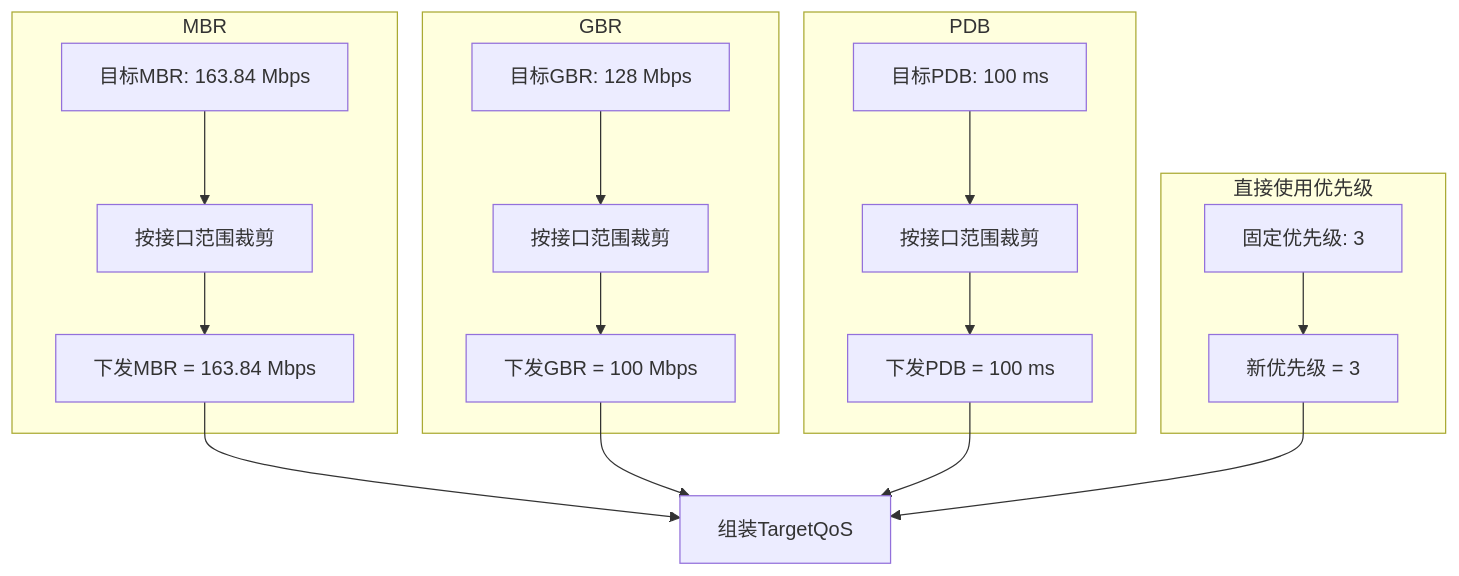
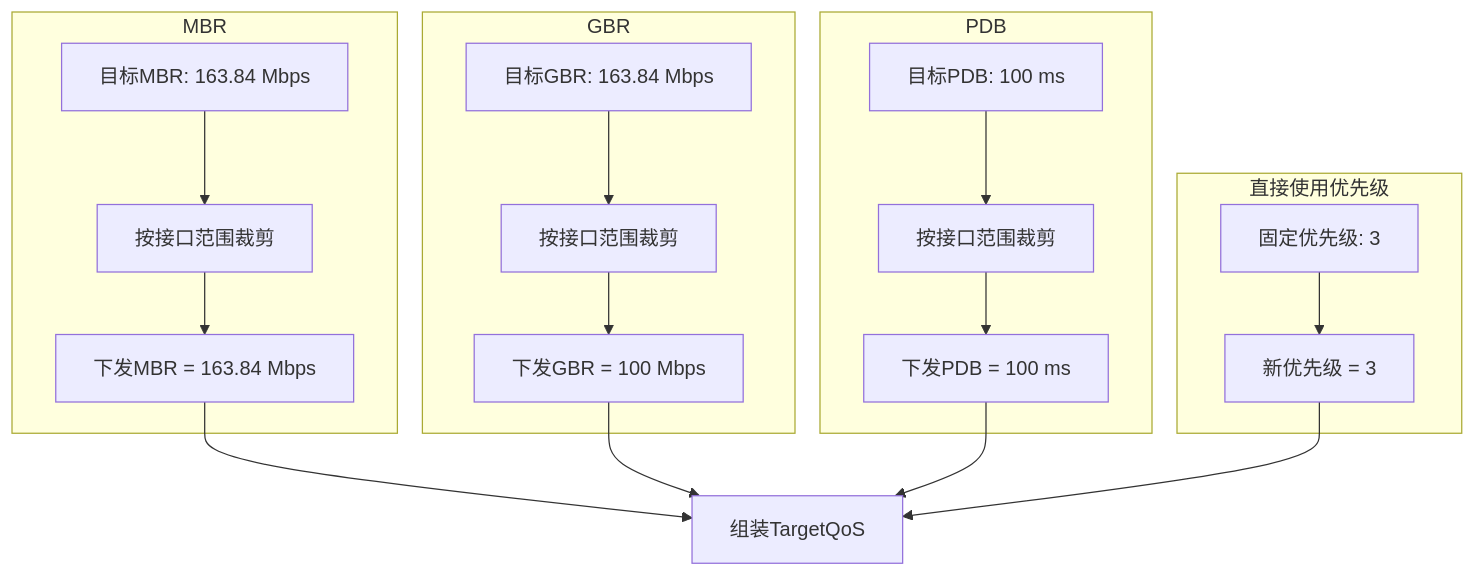
Before and after one commit to acore2026/QoSModule: the fifth of 10 diagrams in 随路Qos设计文档.md, drawn with Mermaid. The commit also changed other lines of this file and 4 other files, not shown here.

````diff
--- a/随路Qos设计文档.md
+++ b/随路Qos设计文档.md
@@ -356,26 +357,26 @@
 ```mermaid
 flowchart TD
     subgraph MBR
         A1[目标MBR: 163.84 Mbps] --> M2[按接口范围裁剪]
         M2 --> M3[下发MBR = 163.84 Mbps]
     end
 
     subgraph GBR
-        B1[目标GBR: 128 Mbps] --> G2[按接口范围裁剪]
+        B1[目标GBR: 163.84 Mbps] --> G2[按接口范围裁剪]
         G2 --> G3[下发GBR = 100 Mbps]
     end
 
     subgraph PDB
         C1[目标PDB: 100 ms] --> P2[按接口范围裁剪]
         P2 --> P3[下发PDB = 100 ms]
     end
 
     subgraph 直接使用优先级
         D1[固定优先级: 3] --> PR2[新优先级 = 3]
     end
 
     M3 --> OUT[组装TargetQoS]
     G3 --> OUT
     P3 --> OUT
     PR2 --> OUT
 ```
````
